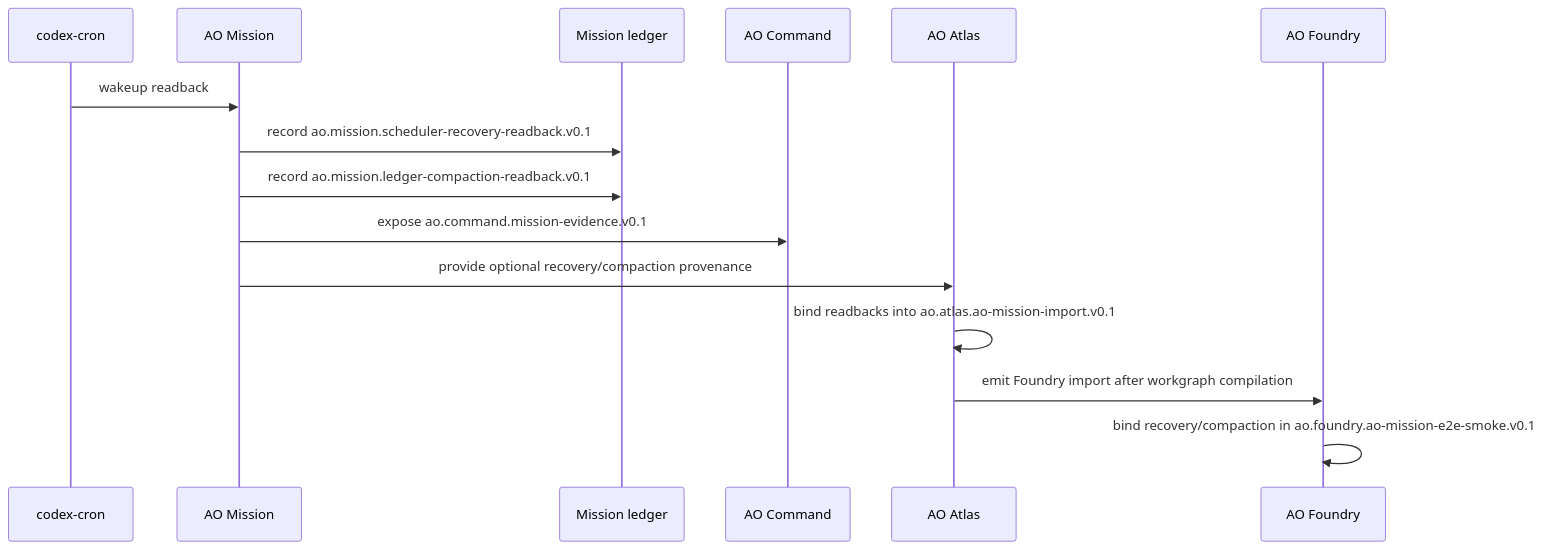
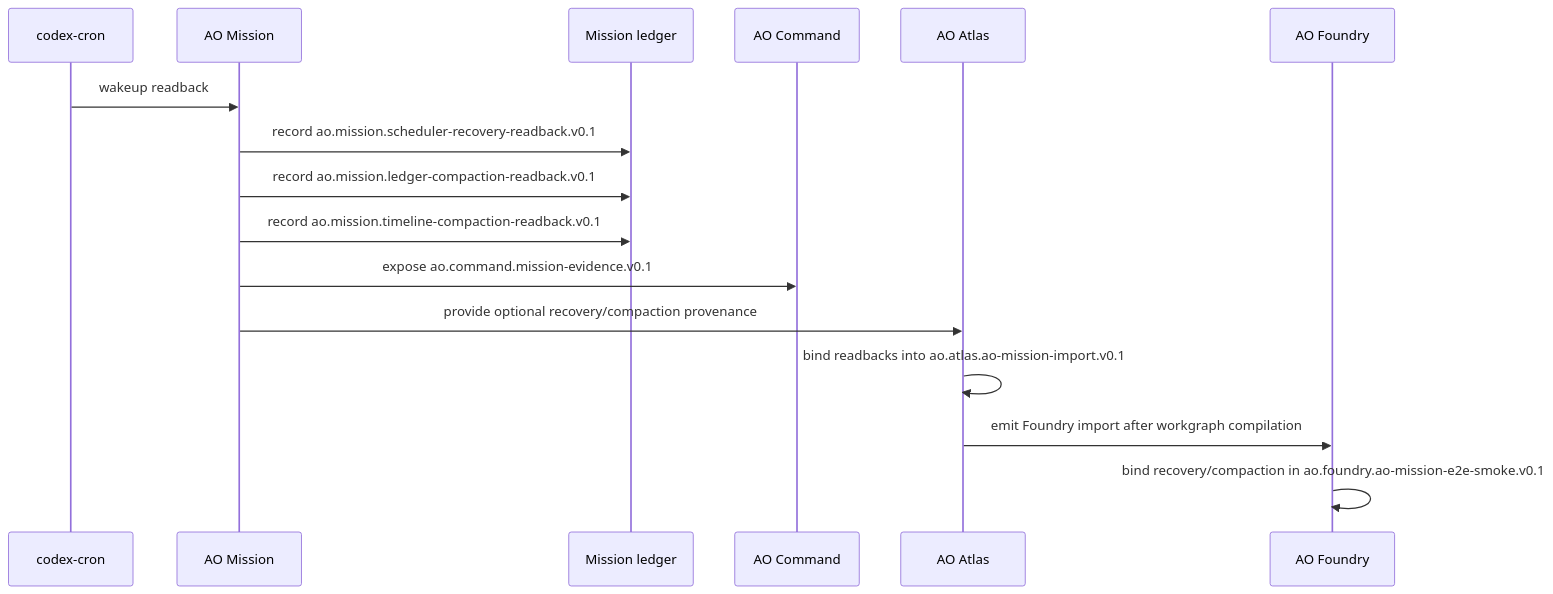
Before and after one commit to uesugitorachiyo/ao-architecture: the diagram in overview/AO-MISSION-RECOVERY-COMPACTION-SEQUENCE.md, drawn with Mermaid. The commit also changed other lines of this file and 6 other files, not shown here.

````diff
--- a/overview/AO-MISSION-RECOVERY-COMPACTION-SEQUENCE.md
+++ b/overview/AO-MISSION-RECOVERY-COMPACTION-SEQUENCE.md
@@ -7,18 +7,19 @@
 ```mermaid
 sequenceDiagram
   participant Cron as codex-cron
   participant Mission as AO Mission
   participant Ledger as Mission ledger
   participant Command as AO Command
   participant Atlas as AO Atlas
   participant Foundry as AO Foundry
 
   Cron->>Mission: wakeup readback
   Mission->>Ledger: record ao.mission.scheduler-recovery-readback.v0.1
   Mission->>Ledger: record ao.mission.ledger-compaction-readback.v0.1
+  Mission->>Ledger: record ao.mission.timeline-compaction-readback.v0.1
   Mission->>Command: expose ao.command.mission-evidence.v0.1
   Mission->>Atlas: provide optional recovery/compaction provenance
   Atlas->>Atlas: bind readbacks into ao.atlas.ao-mission-import.v0.1
   Atlas->>Foundry: emit Foundry import after workgraph compilation
   Foundry->>Foundry: bind recovery/compaction in ao.foundry.ao-mission-e2e-smoke.v0.1
 ```
````
